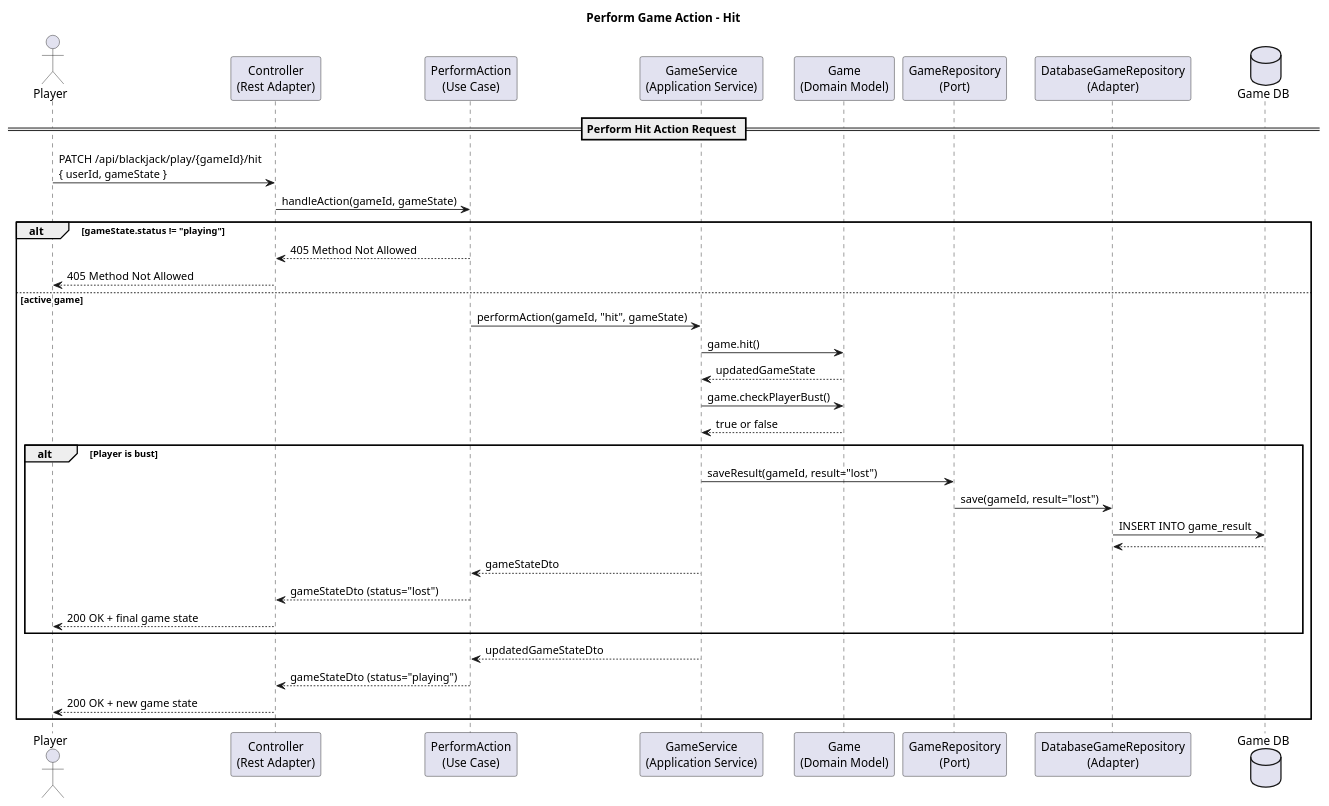
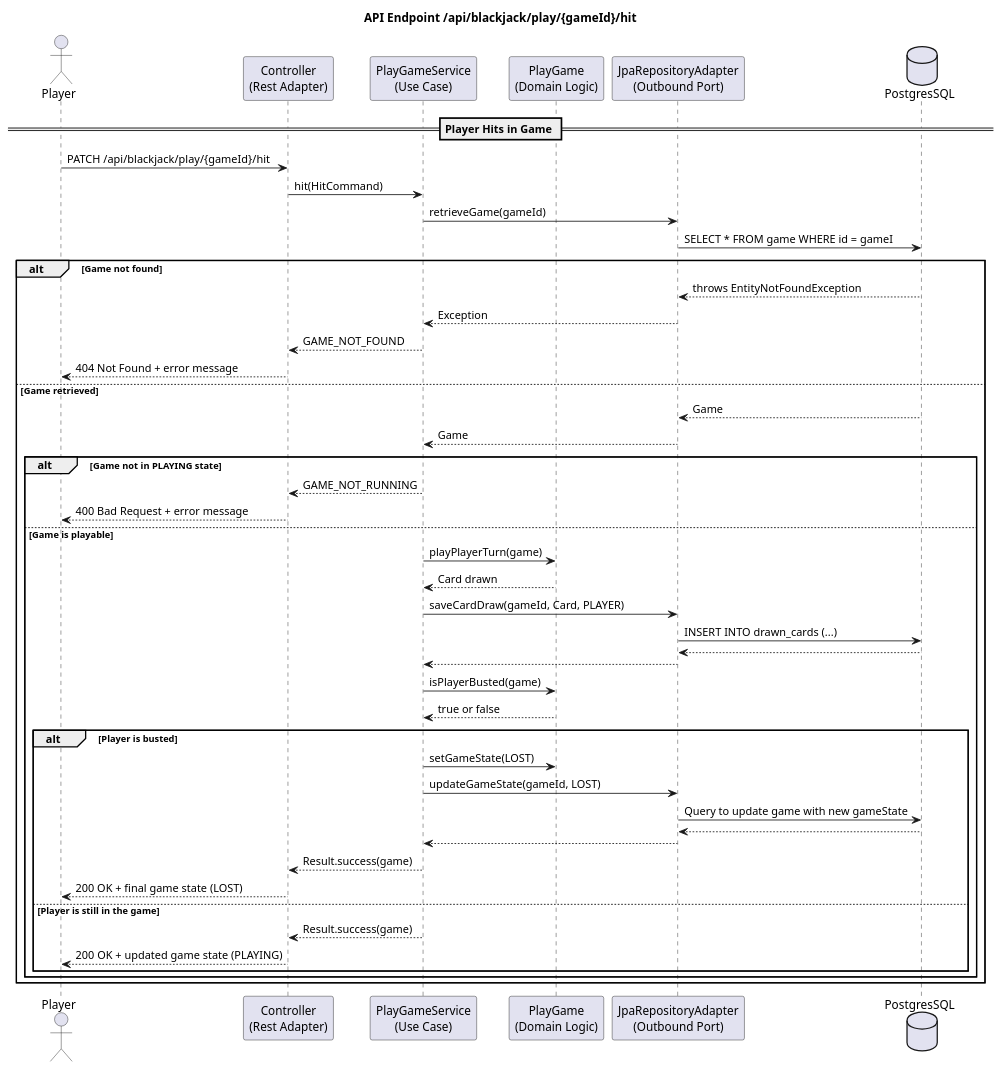
One commit to voelkerh/Blackjack changed the diagram in docs/uml/sequence_diagram_play_action_hit.puml. Above: the diagram before and after it, drawn with PlantUML.

Commit message:
Update sequence diagrams for play
* hit endpoint

```diff
--- a/docs/uml/sequence_diagram_play_action_hit.puml
+++ b/docs/uml/sequence_diagram_play_action_hit.puml
@@ -1,46 +1,62 @@
 @startuml
-title Perform Game Action – Hit
+title API Endpoint /api/blackjack/play/{gameId}/hit
 
 actor Player
 
 participant "Controller\n(Rest Adapter)" as Controller
-participant "PerformAction\n(Use Case)" as UseCase
-participant "GameService\n(Application Service)" as Service
-participant "Game\n(Domain Model)" as Domain
-participant "GameRepository\n(Port)" as RepoPort
-participant "DatabaseGameRepository\n(Adapter)" as RepoAdapter
-database "Game DB" as DB
+participant "PlayGameService\n(Use Case)" as Service
+participant "PlayGame\n(Domain Logic)" as Domain
+participant "JpaRepositoryAdapter\n(Outbound Port)" as Adapter
+database PostgresSQL as DB
 
-== Perform Hit Action Request ==
+== Player Hits in Game ==
 
-Player -> Controller : PATCH /api/blackjack/play/{gameId}/hit\n{ userId, gameState }
-Controller -> UseCase : handleAction(gameId, gameState)
+Player -> Controller : PATCH /api/blackjack/play/{gameId}/hit
+Controller -> Service : hit(HitCommand)
 
-alt gameState.status != "playing"
-    UseCase --> Controller : 405 Method Not Allowed
-    Controller --> Player : 405 Method Not Allowed
+Service -> Adapter : retrieveGame(gameId)
+Adapter -> DB : SELECT * FROM game WHERE id = gameI
 
-else active game
-        UseCase -> Service : performAction(gameId, "hit", gameState)
-        Service -> Domain : game.hit()
-        Domain --> Service : updatedGameState
+alt Game not found
+    DB --> Adapter : throws EntityNotFoundException
+    Adapter --> Service : Exception
+    Service --> Controller : GAME_NOT_FOUND
+    Controller --> Player : 404 Not Found + error message
 
-        Service -> Domain : game.checkPlayerBust()
+else Game retrieved
+DB --> Adapter : Game
+Adapter --> Service : Game
+
+    alt Game not in PLAYING state
+        Service --> Controller : GAME_NOT_RUNNING
+        Controller --> Player : 400 Bad Request + error message
+
+    else Game is playable
+
+        Service -> Domain : playPlayerTurn(game)
+        Domain --> Service : Card drawn
+
+        Service -> Adapter : saveCardDraw(gameId, Card, PLAYER)
+        Adapter -> DB : INSERT INTO drawn_cards (...)
+        DB --> Adapter
+        Adapter --> Service
+
+        Service -> Domain : isPlayerBusted(game)
         Domain --> Service : true or false
 
-        alt Player is bust
-            Service -> RepoPort : saveResult(gameId, result="lost")
-            RepoPort -> RepoAdapter : save(gameId, result="lost")
-            RepoAdapter -> DB : INSERT INTO game_result
-            DB --> RepoAdapter
-            Service --> UseCase : gameStateDto
-            UseCase --> Controller : gameStateDto (status="lost")
-            Controller --> Player : 200 OK + final game state
+        alt Player is busted
+            Service -> Domain : setGameState(LOST)
+            Service -> Adapter : updateGameState(gameId, LOST)
+            Adapter -> DB : Query to update game with new gameState
+            DB --> Adapter
+            Adapter --> Service
+            Service --> Controller : Result.success(game)
+            Controller --> Player : 200 OK + final game state (LOST)
+
+        else Player is still in the game
+            Service --> Controller : Result.success(game)
+            Controller --> Player : 200 OK + updated game state (PLAYING)
         end
-
-        Service --> UseCase : updatedGameStateDto
-        UseCase --> Controller : gameStateDto (status="playing")
-        Controller --> Player : 200 OK + new game state
-
+    end
 end
 @enduml
```
